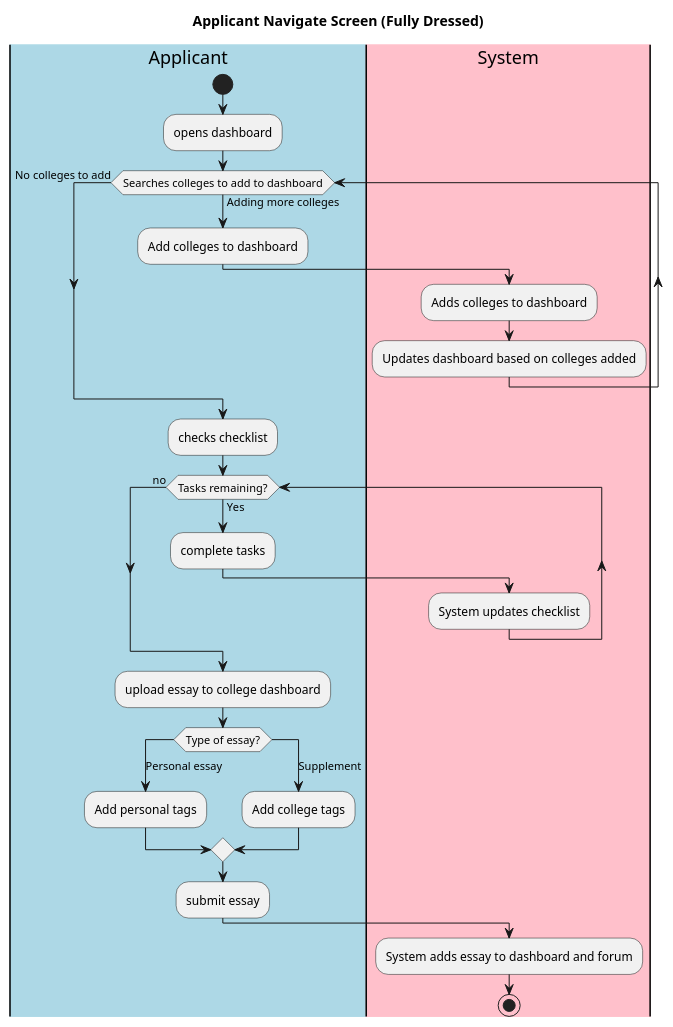
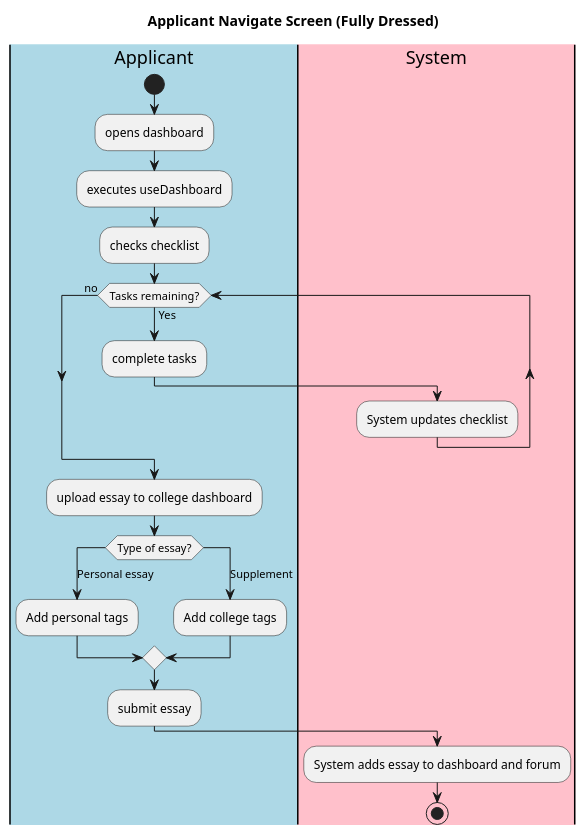
The diagram in intellij/doc/use-cases/applicantnavigate.md (jlederer33/Essay-Review-App), drawn with PlantUML before and after one commit. The commit also changed 2 other files, not shown here.

Commit message:
Adding more feedback to usecases

````diff
--- a/intellij/doc/use-cases/applicantnavigate.md
+++ b/intellij/doc/use-cases/applicantnavigate.md
@@ -2,35 +2,30 @@
 ```plantuml
 title Applicant Navigate Screen (Fully Dressed)
 |#lightblue|Applicant| 
 |#pink|System|
 
 |Applicant|
 start
 :opens dashboard;
-while(Searches colleges to add to dashboard) is (Adding more colleges)
-:Add colleges to dashboard;
-|System|
-:Adds colleges to dashboard;
-:Updates dashboard based on colleges added;
-endwhile (No colleges to add)
+:executes useDashboard;
 |Applicant|
 :checks checklist;
 while (Tasks remaining?) is (Yes)
 :complete tasks;
 |System|
 :System updates checklist;
 endwhile(no)
 |Applicant|
 :upload essay to college dashboard;
 switch (Type of essay?)
 case (Personal essay)
 :Add personal tags;
 case (Supplement)
 :Add college tags;
 endswitch
 :submit essay;
 |System| 
 :System adds essay to dashboard and forum;
 stop
 
 ```
````
